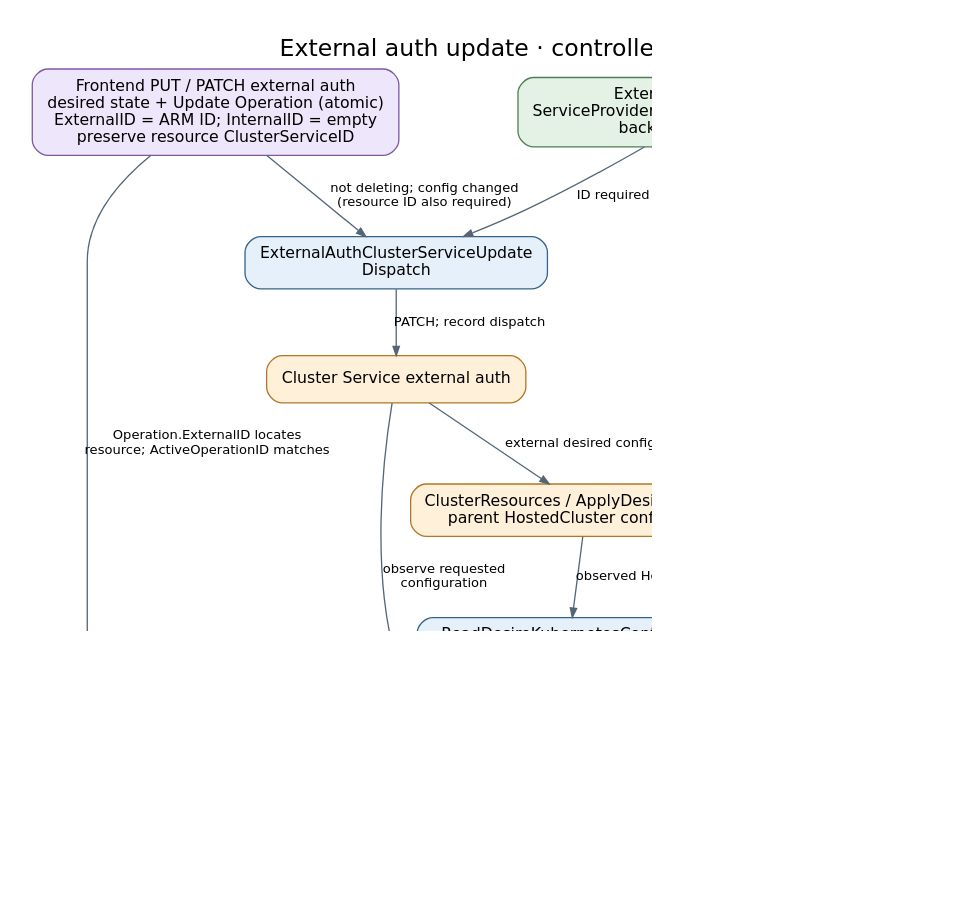
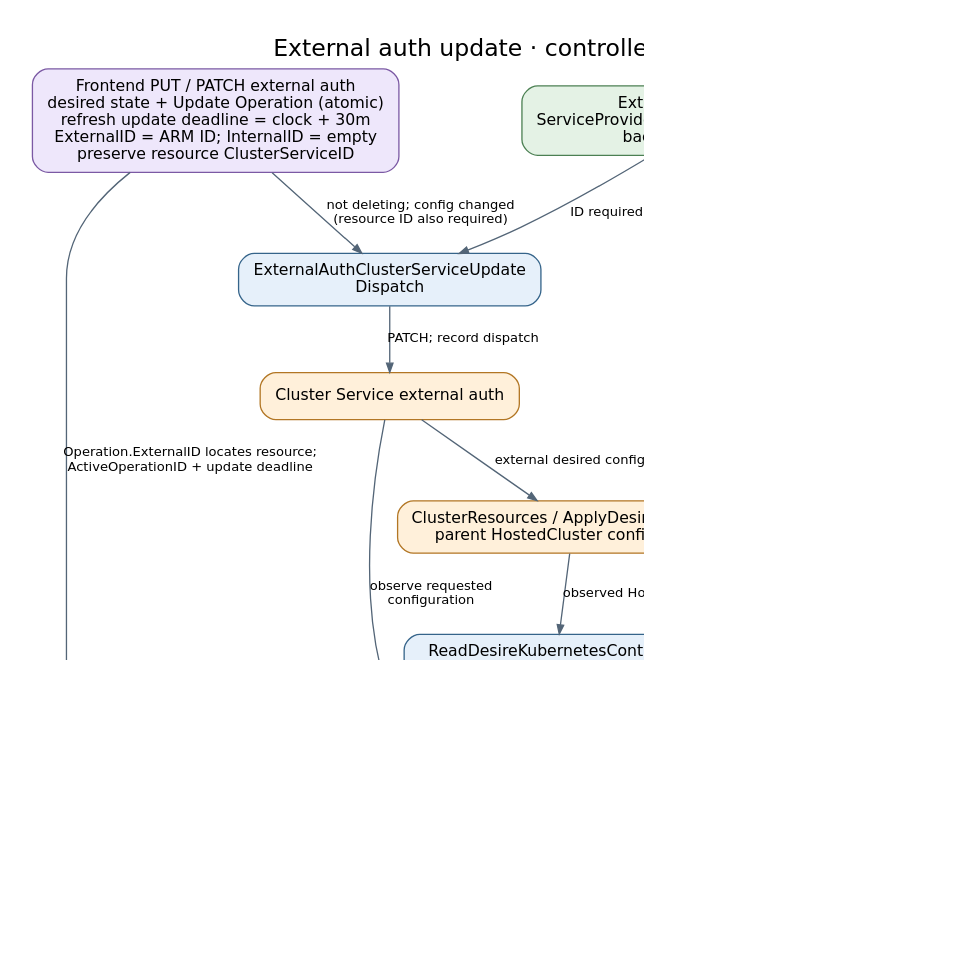
The diagram in docs/diagrams/controller-flows/externalauth-update.dot (Azure/ARO-HCP), drawn with Graphviz before and after one commit. The commit also changed 58 other files, not shown here.

Commit message:
fix: bound resource operation monitoring deadlines

```diff
--- a/docs/diagrams/controller-flows/externalauth-update.dot
+++ b/docs/diagrams/controller-flows/externalauth-update.dot
@@ -1,24 +1,24 @@
 digraph externalauth_update {
   graph [rankdir=TB, bgcolor="white", pad="0.3", nodesep="0.4", ranksep="0.55", fontname="DejaVu Sans", fontsize=18, labelloc=t, label="External auth update · controller flow", dpi=110];
   node [shape=box, style="rounded,filled", fillcolor="#e6f0fa", color="#35648a", fontname="DejaVu Sans", fontsize=12, margin="0.16,0.10"];
   edge [color="#536577", fontname="DejaVu Sans", fontsize=10, arrowsize=0.7];
-  api [label="Frontend PUT / PATCH external auth\ndesired state + Update Operation (atomic)\nExternalID = ARM ID; InternalID = empty\npreserve resource ClusterServiceID", fillcolor="#eee7fb", color="#7b59a4"];
+  api [label="Frontend PUT / PATCH external auth\ndesired state + Update Operation (atomic)\nrefresh update deadline = clock + 30m\nExternalID = ARM ID; InternalID = empty\npreserve resource ClusterServiceID", fillcolor="#eee7fb", color="#7b59a4"];
   child [label="ExternalAuth resource\nServiceProviderProperties.ClusterServiceID\nbackend prerequisite", fillcolor="#e4f2e5", color="#4c8053"];
   dispatch [label="ExternalAuthClusterServiceUpdate\nDispatch", fillcolor="#e6f0fa", color="#35648a"];
   cs [label="Cluster Service external auth", fillcolor="#fff0da", color="#b27624"];
-  op [label="OperationExternalAuthUpdate\nmatching active operation + resource ID\n+ both configuration observations", fillcolor="#e6f0fa", color="#35648a"];
+  op [label="OperationExternalAuthUpdate\nmatching owner: expiry before ID / deletion gates\nNot expired: child ID + both config observations", fillcolor="#e6f0fa", color="#35648a"];
   done [label=" Update Operation terminal state", fillcolor="#e4f2e5", color="#4c8053"];
   external [label="ClusterResources / ApplyDesireController\nparent HostedCluster configuration", fillcolor="#fff0da", color="#b27624"];
   mirror [label="ReadDesireKubernetesController\nexisting parent HostedCluster read", fillcolor="#e6f0fa", color="#35648a"];
   api -> dispatch [label="not deleting; config changed\n(resource ID also required)"];
   child -> dispatch [label="ID required for PATCH"];
   child -> op [label="read ID from resource\nfor Cluster Service GET"];
-  api -> op [label="Operation.ExternalID locates\nresource; ActiveOperationID matches"];
+  api -> op [label="Operation.ExternalID locates resource;\nActiveOperationID + update deadline"];
   dispatch -> cs [label="PATCH; record dispatch"];
   cs -> op [label="observe requested\nconfiguration"];
-  op -> done [label="complete or fail"];
+  op -> done [label="expired: Failed / DeadlineExceeded\n(fixed message, no external read);\notherwise normal completion / failure checks"];
   cs -> external [label="external desired configuration"];
   external -> mirror [label="observed HostedCluster spec"];
   mirror -> op [label="issuer / clients / claims /\nrules match"];
   op -> op [label="pending: observe again", style=dashed, color="#857456", constraint=false];
 }
```
